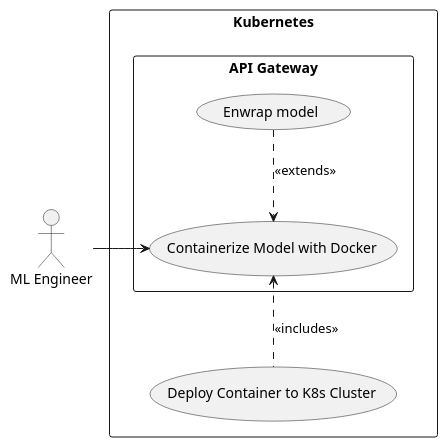
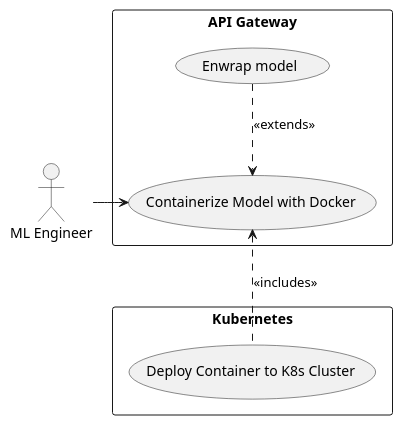
One commit to fanglores/Advanced-Software-Design changed the diagram in General/UseCases/puml/8_uc_containerization.puml. Above: the diagram before and after it, drawn with PlantUML. The commit also changed 10 other files, not shown here.

```diff
--- a/General/UseCases/puml/8_uc_containerization.puml
+++ b/General/UseCases/puml/8_uc_containerization.puml
@@ -1,17 +1,18 @@
 @startuml
 
 actor "ML Engineer" as mlengineer
 
+rectangle "API Gateway" as System {
+  usecase "Containerize Model with Docker" as uc1
+  usecase "Enwrap model" as uc3
+}
+  
 rectangle "Kubernetes" as K8s {
-  rectangle "API Gateway" as System {
-    usecase "Containerize Model with Docker" as uc1
-    usecase "Enwrap model" as uc3
-  }
   usecase "Deploy Container to K8s Cluster" as uc2
 }
 
 mlengineer -R-> uc1
 uc1 <.. uc2 : <<includes>>
 uc3 ..> uc1 : <<extends>>
 
 @enduml
```
